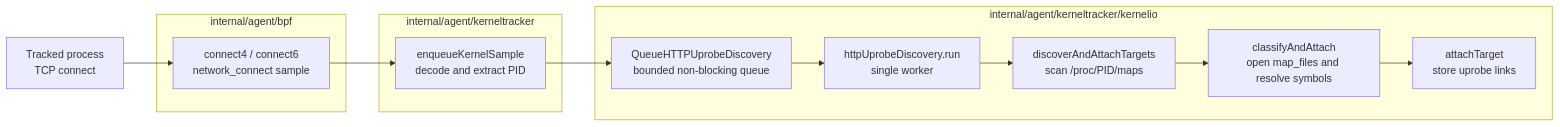
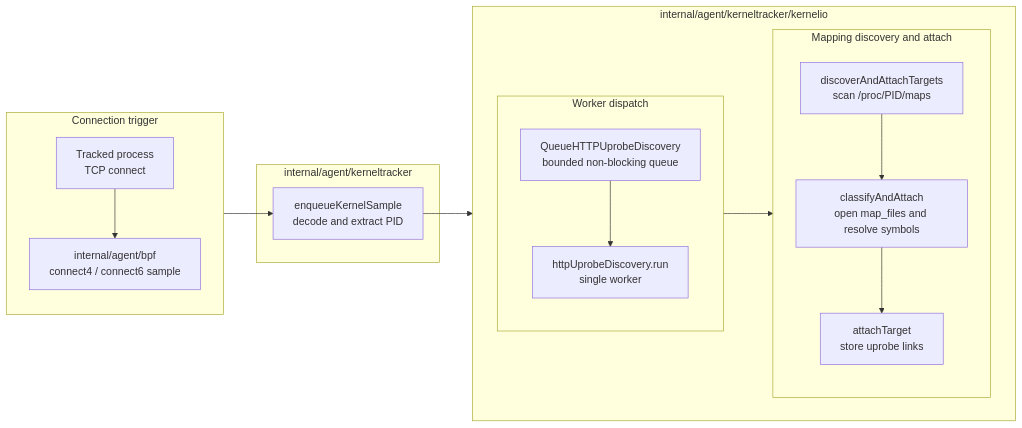
Before and after one commit to cicd-sensor/cicd-sensor: the second of 4 diagrams in docs/developer-guide/ebpf/http-uprobes.md, drawn with Mermaid. The commit also changed other lines of this file and 2 other files, not shown here.

Commit message:
docs: clarify eBPF runtime and HTTP uprobe coverage

````diff
--- a/docs/developer-guide/ebpf/http-uprobes.md
+++ b/docs/developer-guide/ebpf/http-uprobes.md
@@ -49,22 +104,33 @@
 ```mermaid
 flowchart LR
-    P["Tracked process<br/>TCP connect"]
-
-    subgraph BPF["internal/agent/bpf"]
-        N["connect4 / connect6<br/>network_connect sample"]
+    subgraph TRIGGER["Connection trigger"]
+        direction TB
+        P["Tracked process<br/>TCP connect"]
+        N["internal/agent/bpf<br/>connect4 / connect6 sample"]
+        P --> N
     end
 
     subgraph KT["internal/agent/kerneltracker"]
         D["enqueueKernelSample<br/>decode and extract PID"]
     end
 
     subgraph KIO["internal/agent/kerneltracker/kernelio"]
-        Q["QueueHTTPUprobeDiscovery<br/>bounded non-blocking queue"]
-        W["httpUprobeDiscovery.run<br/>single worker"]
-        M["discoverAndAttachTargets<br/>scan /proc/PID/maps"]
-        A["classifyAndAttach<br/>open map_files and resolve symbols"]
-        L["attachTarget<br/>store uprobe links"]
+        direction LR
+        subgraph DISPATCH["Worker dispatch"]
+            direction TB
+            Q["QueueHTTPUprobeDiscovery<br/>bounded non-blocking queue"]
+            W["httpUprobeDiscovery.run<br/>single worker"]
+            Q --> W
+        end
+        subgraph ATTACH_FLOW["Mapping discovery and attach"]
+            direction TB
+            M["discoverAndAttachTargets<br/>scan /proc/PID/maps"]
+            A["classifyAndAttach<br/>open map_files and resolve symbols"]
+            L["attachTarget<br/>store uprobe links"]
+            M --> A --> L
+        end
+        W --> M
     end
 
-    P --> N --> D --> Q --> W --> M --> A --> L
+    N --> D --> Q
 ```
````
